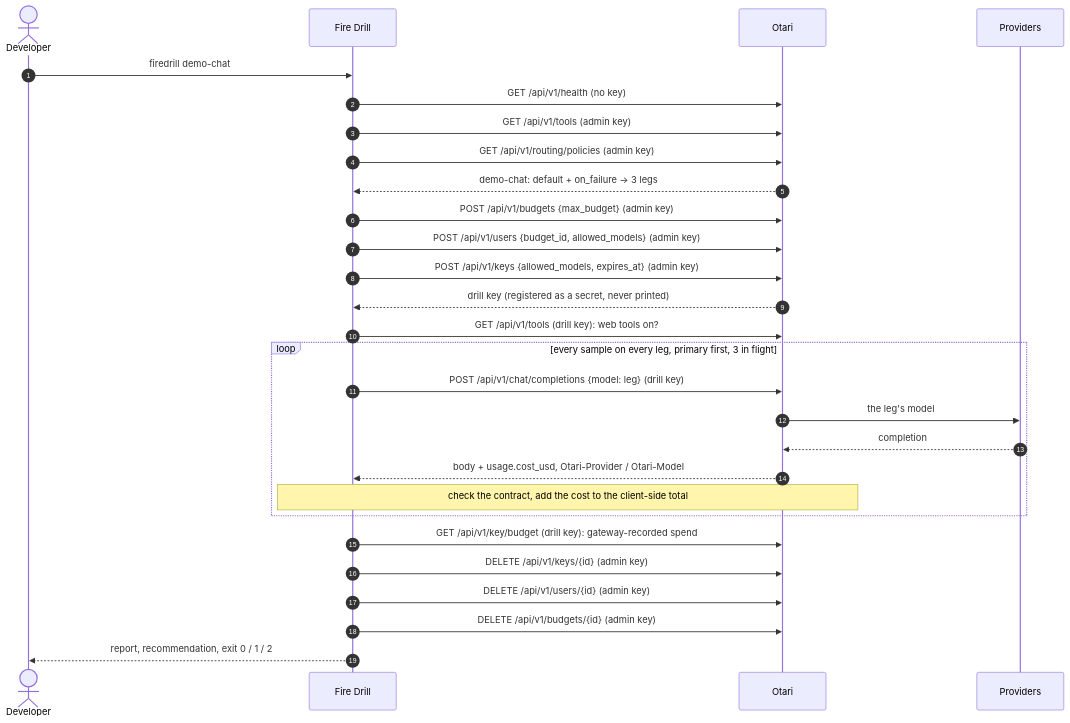
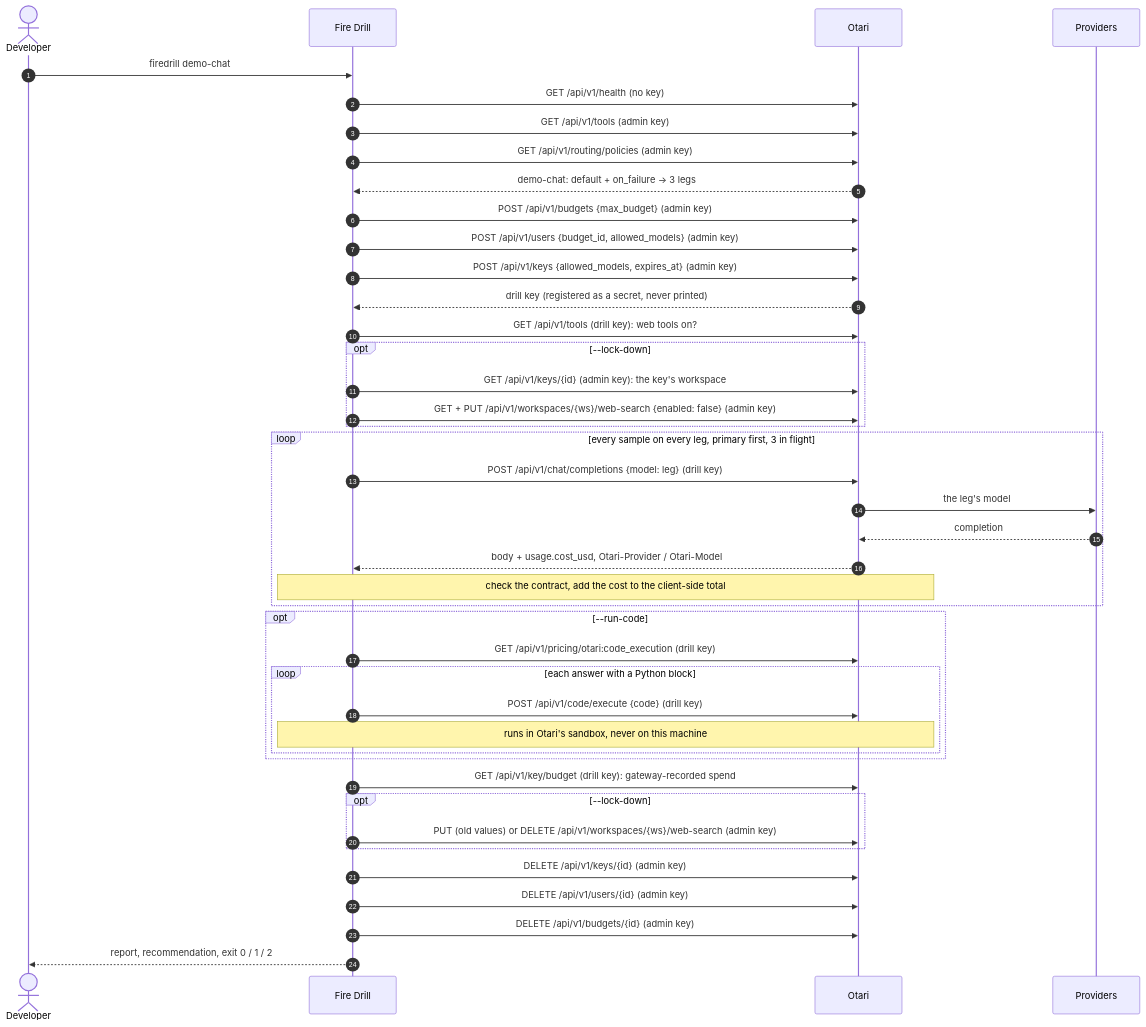
One commit to Emediong-Etuk/fire-drill changed the diagram in docs/architecture-sequence.mmd. Above: the diagram before and after it, drawn with Mermaid. The commit also changed 15 other files, not shown here.

```diff
--- a/docs/architecture-sequence.mmd
+++ b/docs/architecture-sequence.mmd
@@ -1,30 +1,44 @@
 %%{init: {"sequence": {"actorMargin": 260, "messageMargin": 28, "noteMargin": 12, "wrap": false}}}%%
 sequenceDiagram
   autonumber
   actor U as Developer
   participant FD as Fire Drill
   participant O as Otari
   participant P as Providers
 
   U->>FD: firedrill demo-chat
   FD->>O: GET /api/v1/health (no key)
   FD->>O: GET /api/v1/tools (admin key)
   FD->>O: GET /api/v1/routing/policies (admin key)
   O-->>FD: demo-chat: default + on_failure → 3 legs
   FD->>O: POST /api/v1/budgets {max_budget} (admin key)
   FD->>O: POST /api/v1/users {budget_id, allowed_models} (admin key)
   FD->>O: POST /api/v1/keys {allowed_models, expires_at} (admin key)
   O-->>FD: drill key (registered as a secret, never printed)
   FD->>O: GET /api/v1/tools (drill key): web tools on?
+  opt --lock-down
+    FD->>O: GET /api/v1/keys/{id} (admin key): the key's workspace
+    FD->>O: GET + PUT /api/v1/workspaces/{ws}/web-search {enabled: false} (admin key)
+  end
   loop every sample on every leg, primary first, 3 in flight
     FD->>O: POST /api/v1/chat/completions {model: leg} (drill key)
     O->>P: the leg's model
     P-->>O: completion
     O-->>FD: body + usage.cost_usd, Otari-Provider / Otari-Model
     Note over FD,O: check the contract, add the cost to the client-side total
   end
+  opt --run-code
+    FD->>O: GET /api/v1/pricing/otari:code_execution (drill key)
+    loop each answer with a Python block
+      FD->>O: POST /api/v1/code/execute {code} (drill key)
+      Note over FD,O: runs in Otari's sandbox, never on this machine
+    end
+  end
   FD->>O: GET /api/v1/key/budget (drill key): gateway-recorded spend
+  opt --lock-down
+    FD->>O: PUT (old values) or DELETE /api/v1/workspaces/{ws}/web-search (admin key)
+  end
   FD->>O: DELETE /api/v1/keys/{id} (admin key)
   FD->>O: DELETE /api/v1/users/{id} (admin key)
   FD->>O: DELETE /api/v1/budgets/{id} (admin key)
   FD-->>U: report, recommendation, exit 0 / 1 / 2
```
